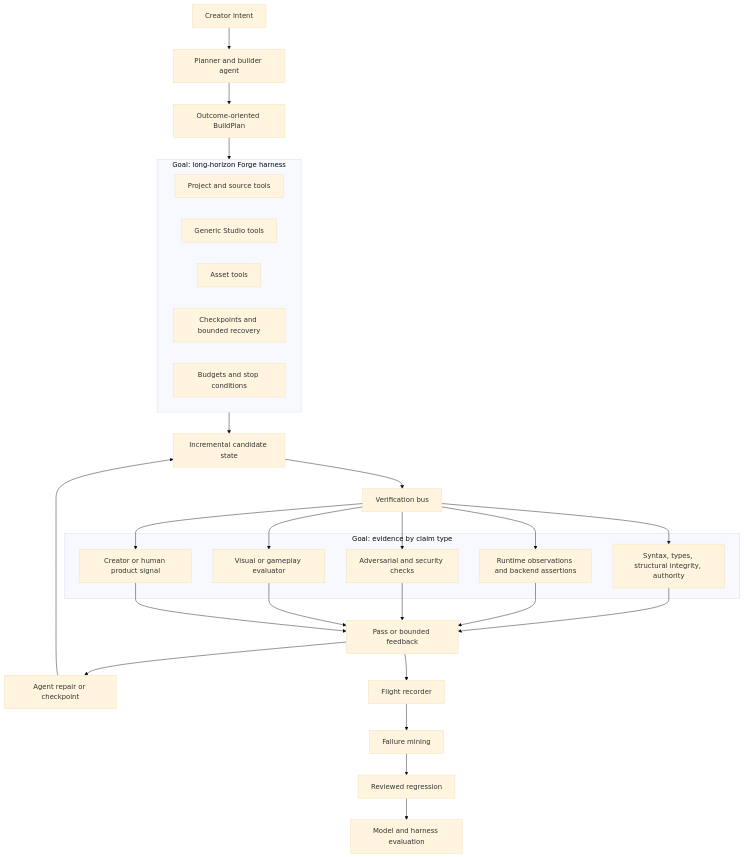
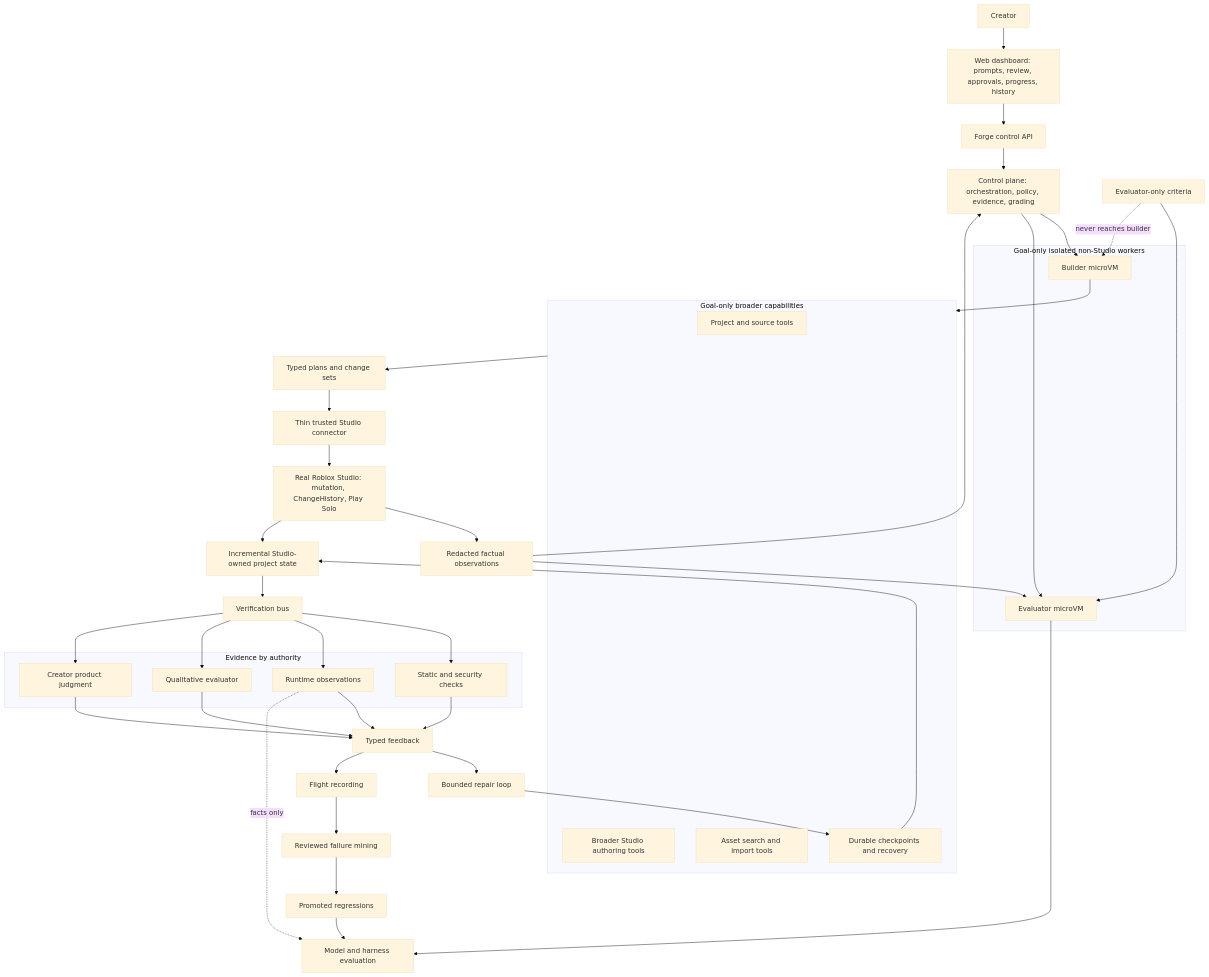
Before and after one commit to mawawdi/forge: the third of 3 diagrams in docs/ARCHITECTURE.md, drawn with Mermaid (base theme). The commit also changed other lines of this file and 77 other files, not shown here.

Commit message:
Refactor Forge architecture and expand evaluation tooling

````diff
--- a/docs/ARCHITECTURE.md
+++ b/docs/ARCHITECTURE.md
@@ -107,43 +171,60 @@
 ```mermaid
 flowchart TB
-    creator[Creator intent] --> agent[Planner and builder agent]
-    agent --> buildplan[Outcome-oriented BuildPlan]
+    creator[Creator] --> dashboard[Web dashboard: prompts, review, approvals, progress, history]
+    dashboard --> api[Forge control API]
+    api --> control[Control plane: orchestration, policy, evidence, grading]
 
-    subgraph harness[Goal: long-horizon Forge harness]
-        projecttools[Project and source tools]
-        studioptools[Generic Studio tools]
-        assettools[Asset tools]
-        checkpoints[Checkpoints and bounded recovery]
-        budgets[Budgets and stop conditions]
+    subgraph workers[Goal-only isolated non-Studio workers]
+        builder_vm[Builder microVM]
+        evaluator_vm[Evaluator microVM]
     end
 
-    buildplan --> harness
-    harness --> candidate[Incremental candidate state]
-    candidate --> bus[Verification bus]
+    control --> builder_vm
+    control --> evaluator_vm
+    private[Evaluator-only criteria] --> evaluator_vm
+    private -. never reaches builder .-> builder_vm
 
-    subgraph verification[Goal: evidence by claim type]
-        static[Syntax, types, structural integrity, authority]
-        runtime[Runtime observations and backend assertions]
-        adversarial[Adversarial and security checks]
-        qualitative[Visual or gameplay evaluator]
-        human[Creator or human product signal]
+    subgraph tools[Goal-only broader capabilities]
+        project[Project and source tools]
+        studio[Broader Studio authoring tools]
+        assets[Asset search and import tools]
+        checkpoints[Durable checkpoints and recovery]
+    end
+
+    builder_vm --> tools
+    tools --> plans[Typed plans and change sets]
+    plans --> connector[Thin trusted Studio connector]
+    connector --> real[Real Roblox Studio: mutation, ChangeHistory, Play Solo]
+    real --> observations[Redacted factual observations]
+    observations --> control
+    observations --> evaluator_vm
+    real --> state[Incremental Studio-owned project state]
+    state --> bus[Verification bus]
+
+    subgraph evidence[Evidence by authority]
+        static[Static and security checks]
+        runtime[Runtime observations]
+        qualitative[Qualitative evaluator]
+        human[Creator product judgment]
     end
 
     bus --> static
     bus --> runtime
-    bus --> adversarial
     bus --> qualitative
     bus --> human
-    static --> feedback[Pass or bounded feedback]
+    static --> feedback[Typed feedback]
     runtime --> feedback
-    adversarial --> feedback
     qualitative --> feedback
     human --> feedback
-    feedback --> repair[Agent repair or checkpoint]
-    repair --> candidate
+    feedback --> repair[Bounded repair loop]
+    repair --> checkpoints
+    checkpoints --> state
 
-    feedback --> recorder[Flight recorder]
-    recorder --> miner[Failure mining]
-    miner --> review[Reviewed regression]
-    review --> experiments[Model and harness evaluation]
+    feedback --> recorder[Flight recording]
+    recorder --> mining[Reviewed failure mining]
+    mining --> regressions[Promoted regressions]
+    regressions --> evaluation[Model and harness evaluation]
+
+    evaluator_vm --> evaluation
+    runtime -. facts only .-> evaluation
 ```
````
